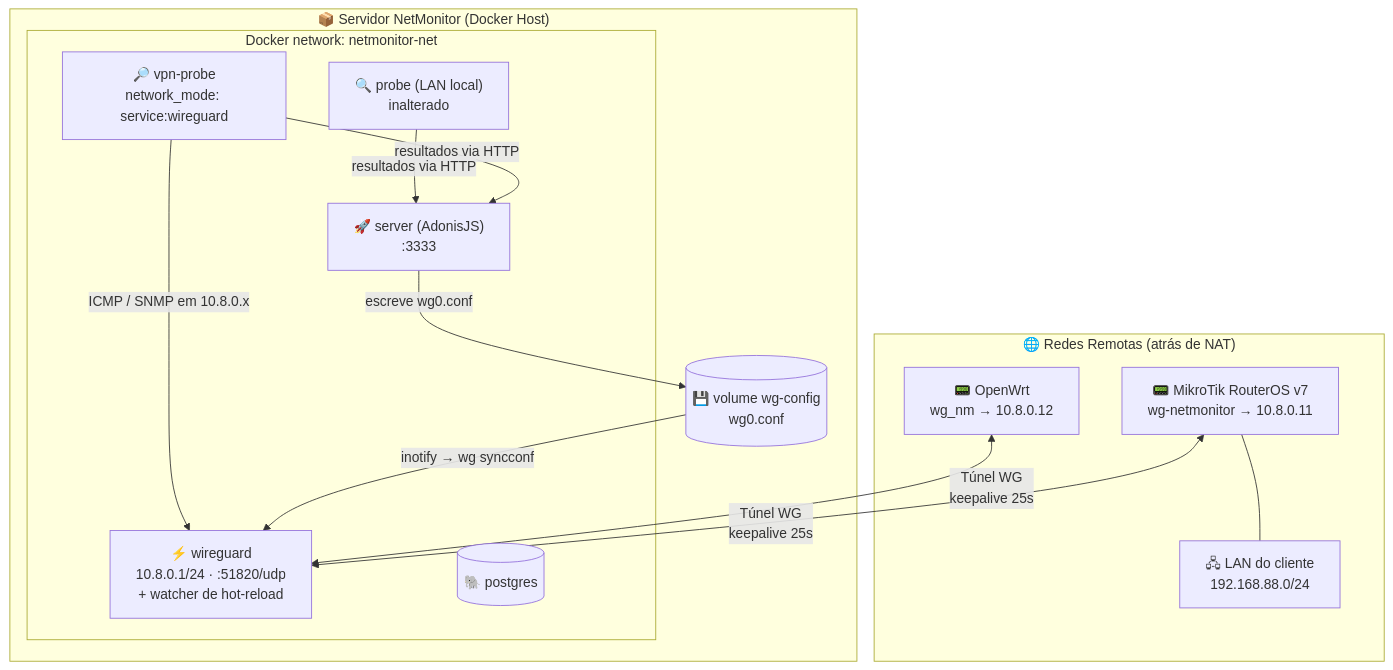
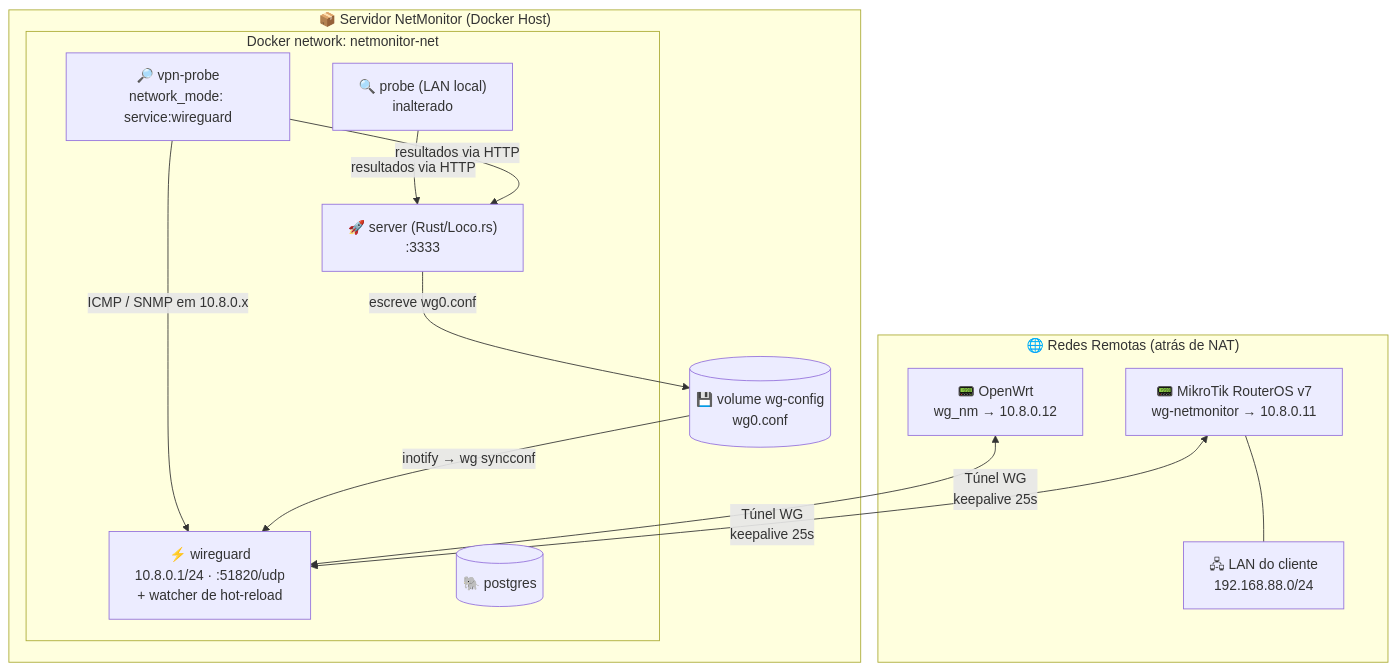
The first of 3 diagrams in docs/roadmap_vpn.md (maxupunk/monitor-de-rede), drawn with Mermaid before and after one commit. The commit also changed other lines of this file and 51 other files, not shown here.

````diff
--- a/docs/roadmap_vpn.md
+++ b/docs/roadmap_vpn.md
@@ -51,28 +51,28 @@
 ```mermaid
 flowchart TB
     subgraph Remoto ["🌐 Redes Remotas (atrás de NAT)"]
         mkt["📟 MikroTik RouterOS v7<br/>wg-netmonitor → 10.8.0.11"]
         owrt["📟 OpenWrt<br/>wg_nm → 10.8.0.12"]
         lan["🖧 LAN do cliente<br/>192.168.88.0/24"]
         mkt --- lan
     end
 
     subgraph Host ["📦 Servidor NetMonitor (Docker Host)"]
         subgraph Net ["Docker network: netmonitor-net"]
-            server["🚀 server (AdonisJS)<br/>:3333"]
+            server["🚀 server (Rust/Loco.rs)<br/>:3333"]
             probe["🔍 probe (LAN local)<br/>inalterado"]
             vpnprobe["🔎 vpn-probe<br/>network_mode: service:wireguard"]
             wg["⚡ wireguard<br/>10.8.0.1/24 · :51820/udp<br/>+ watcher de hot-reload"]
             pg[("🐘 postgres")]
         end
         vol[("💾 volume wg-config<br/>wg0.conf")]
     end
 
     mkt <-->|"Túnel WG<br/>keepalive 25s"| wg
     owrt <-->|"Túnel WG<br/>keepalive 25s"| wg
     server -->|"escreve wg0.conf"| vol
     vol -->|"inotify → wg syncconf"| wg
     vpnprobe -->|"ICMP / SNMP em 10.8.0.x"| wg
     vpnprobe -->|"resultados via HTTP"| server
     probe -->|"resultados via HTTP"| server
 ```
````
